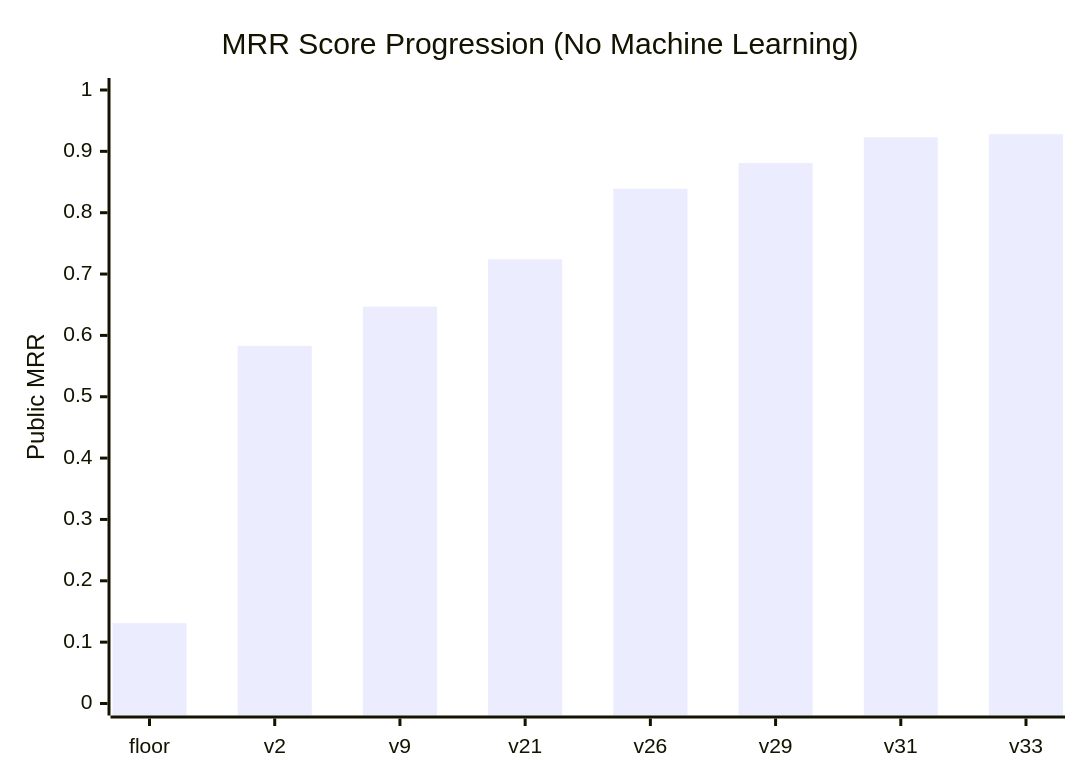
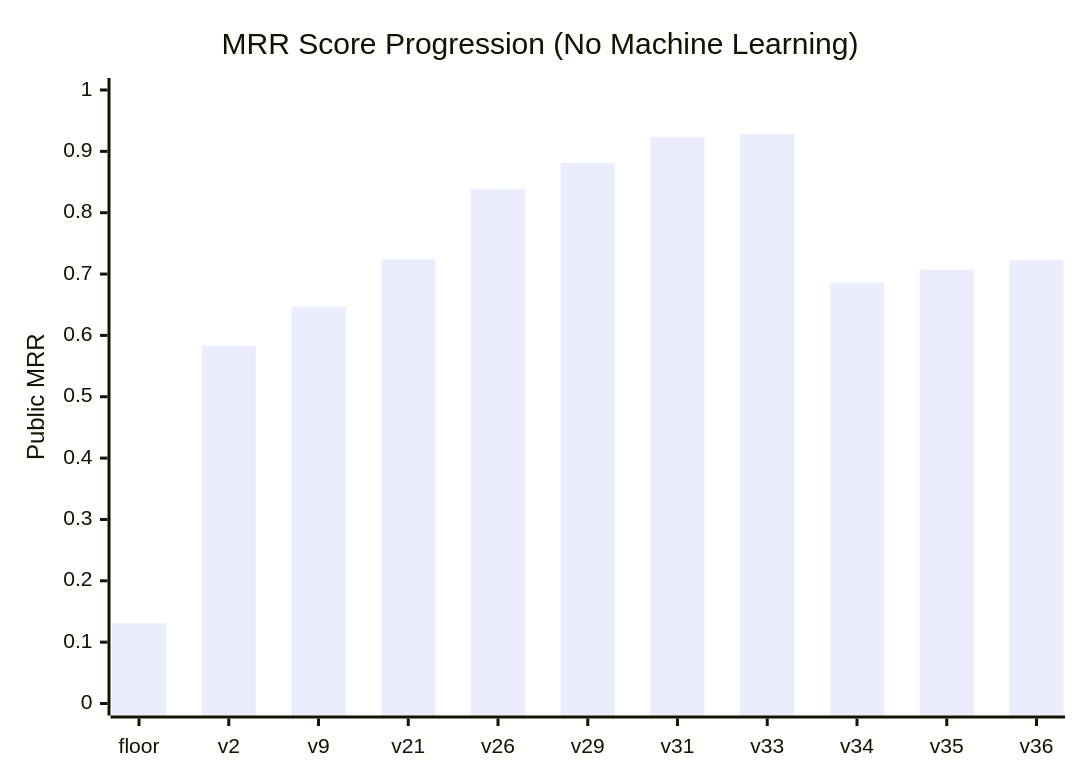
One commit to Ansh2508/ehl-paris-2026-medical-retrieval-yantra changed the sixth of 7 diagrams in ARCHITECTURE.md. Above: the diagram before and after it, drawn with Mermaid. The commit also changed other lines of this file and 7 other files, not shown here.

````diff
--- a/ARCHITECTURE.md
+++ b/ARCHITECTURE.md
@@ -129,7 +156,7 @@
 ```mermaid
 xychart-beta
     title "MRR Score Progression (No Machine Learning)"
-    x-axis ["floor", "v2", "v9", "v21", "v26", "v29", "v31", "v33"]
+    x-axis ["floor", "v2", "v9", "v21", "v26", "v29", "v31", "v33", "v34", "v35", "v36"]
     y-axis "Public MRR" 0 --> 1
-    bar [0.131, 0.583, 0.647, 0.724, 0.839, 0.881, 0.923, 0.928]
+    bar [0.131, 0.583, 0.647, 0.724, 0.839, 0.881, 0.923, 0.928, 0.686, 0.707, 0.723]
 ```
````
